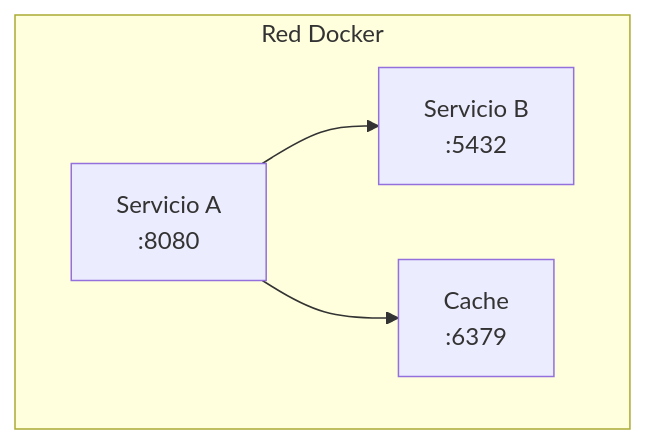
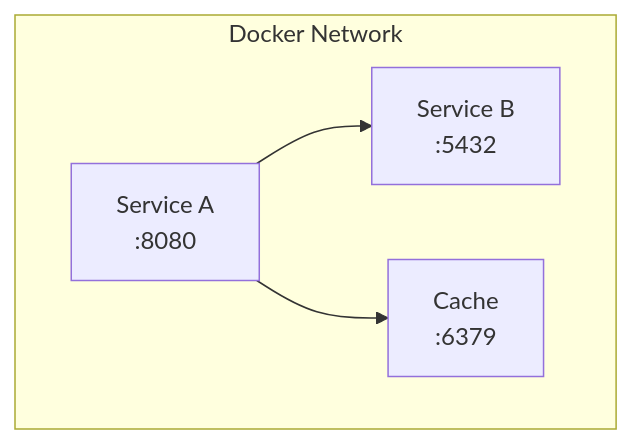
One commit to elisaul77/Orquestacion_Agentes_claude changed the first of 7 diagrams in skills/arquitec-dev-ia/assets/catalogo_mermaid.md. Above: the diagram before and after it, drawn with Mermaid. The commit also changed other lines of this file and 14 other files, not shown here.

````diff
--- a/skills/arquitec-dev-ia/assets/catalogo_mermaid.md
+++ b/skills/arquitec-dev-ia/assets/catalogo_mermaid.md
@@ -9,7 +9,7 @@
 ```mermaid
 flowchart TB
-    subgraph NET["Red Docker"]
-        A["Servicio A\n:8080"] --> B["Servicio B\n:5432"]
+    subgraph NET["Docker Network"]
+        A["Service A\n:8080"] --> B["Service B\n:5432"]
         A --> C["Cache\n:6379"]
     end
 ```
````
